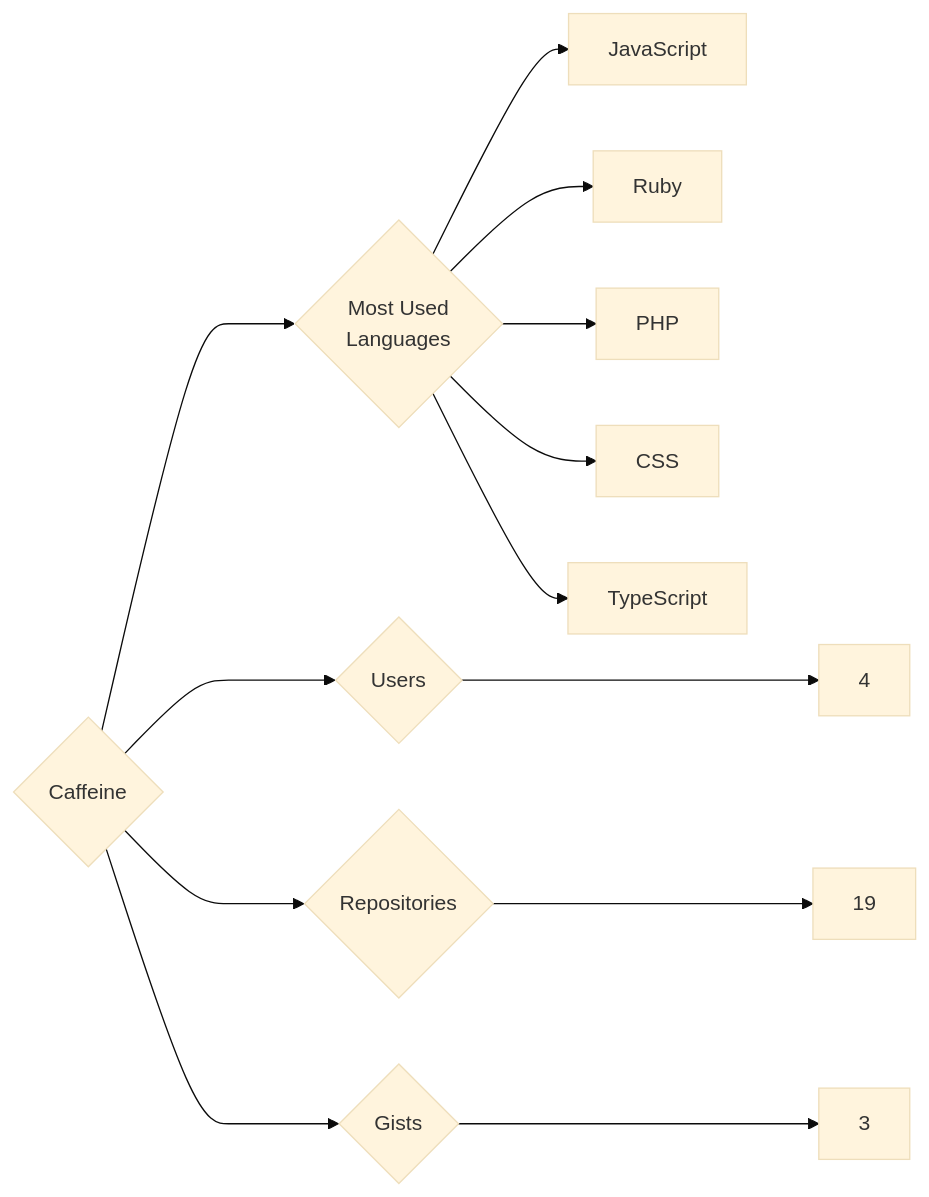
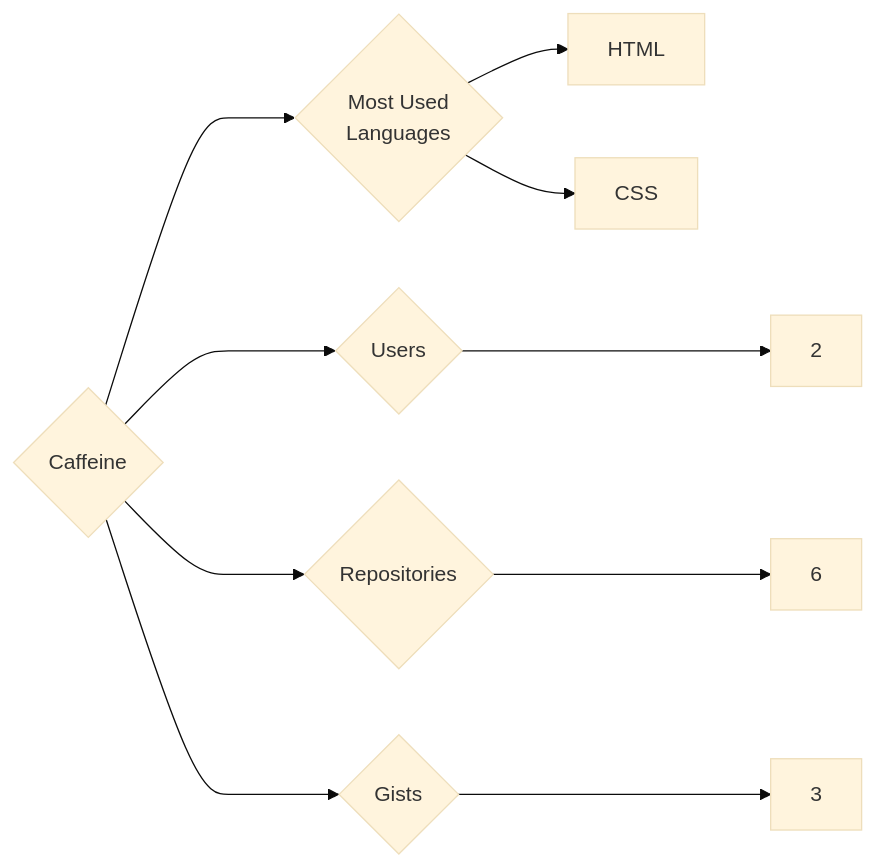
One commit to trickest/insiders changed the diagram in targets/Caffeine/README.md. Above: the diagram before and after it, drawn with Mermaid (base theme). The commit also changed 912 other files, not shown here.

````diff
--- a/targets/Caffeine/README.md
+++ b/targets/Caffeine/README.md
@@ -3,13 +3,10 @@
 ```mermaid
 graph LR
 COMPANY_NAME{Caffeine}
-COMPANY_NAME ---> U{Users} ---> UN[4]
-COMPANY_NAME ---> R{Repositories} ---> RN[19]
+COMPANY_NAME ---> U{Users} ---> UN[2]
+COMPANY_NAME ---> R{Repositories} ---> RN[6]
 COMPANY_NAME ---> G{Gists} ---> GN[3]
 COMPANY_NAME ---> ML{Most Used<br>Languages}
-ML --> JavaScript[JavaScript]
-ML --> Ruby[Ruby]
-ML --> PHP[PHP]
+ML --> HTML[HTML]
 ML --> CSS[CSS]
-ML --> TypeScript[TypeScript]
 ```
````
